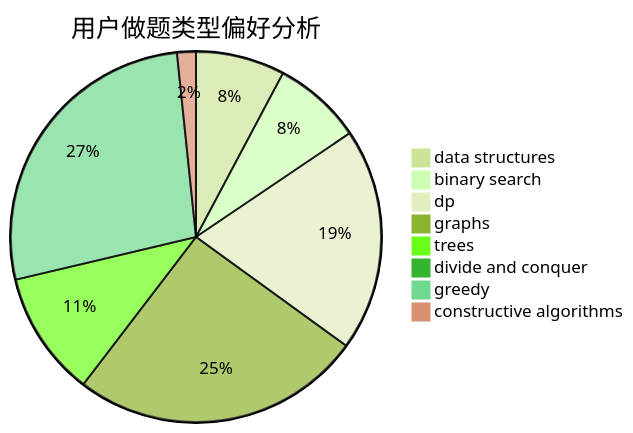
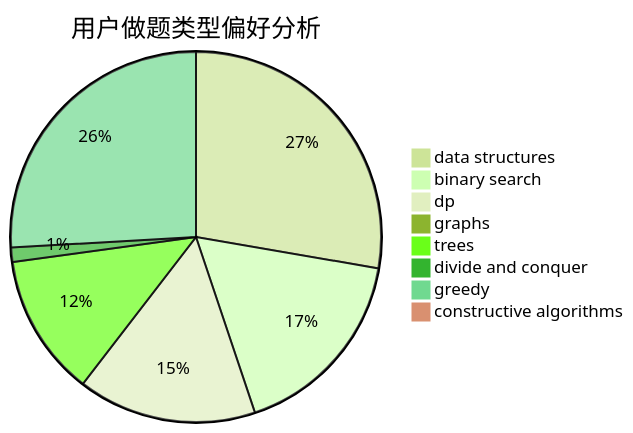
The second of 3 diagrams in docs/user/u235.md (sherpahu/cfrs.github.io), drawn with Mermaid (forest theme) before and after one commit. The commit also changed other lines of this file and 2770 other files, not shown here.

````diff
--- a/docs/user/u235.md
+++ b/docs/user/u235.md
@@ -23,11 +23,11 @@
 ```mermaid
 pie title 用户做题类型偏好分析
-    "data structures" :  52
-    "binary search" :  52
-    "dp" :  130
-    "graphs" :  170
-    "trees" :  73
-    "divide and conquer" :  2
-    "greedy" :  181
-    "constructive algorithms" :  11
+    "data structures" :  199
+    "binary search" :  123
+    "dp" :  112
+    "graphs" :  3
+    "trees" :  89
+    "divide and conquer" :  9
+    "greedy" :  186
+    "constructive algorithms" :  3
 ```
````
